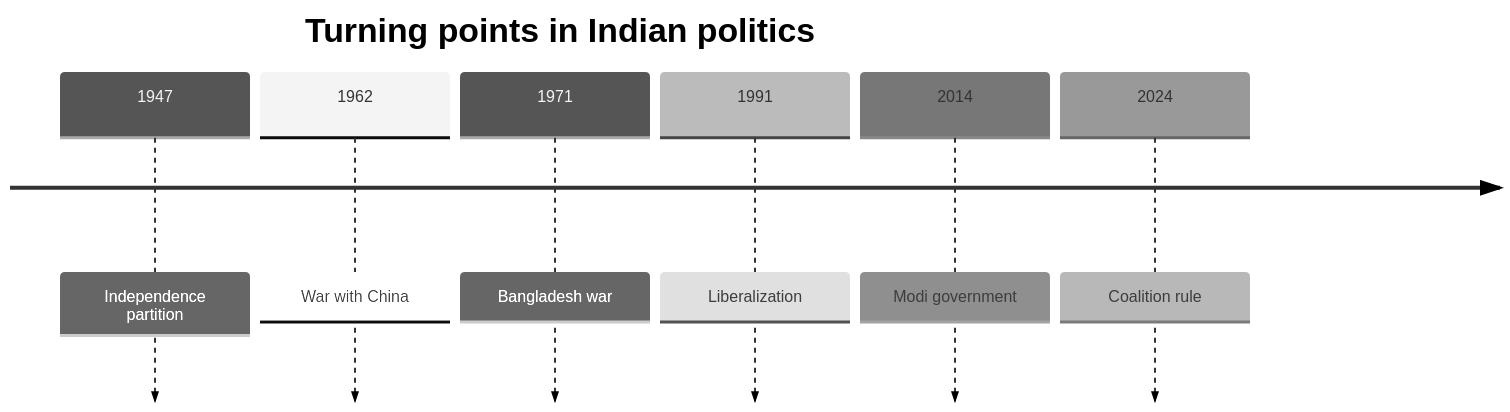
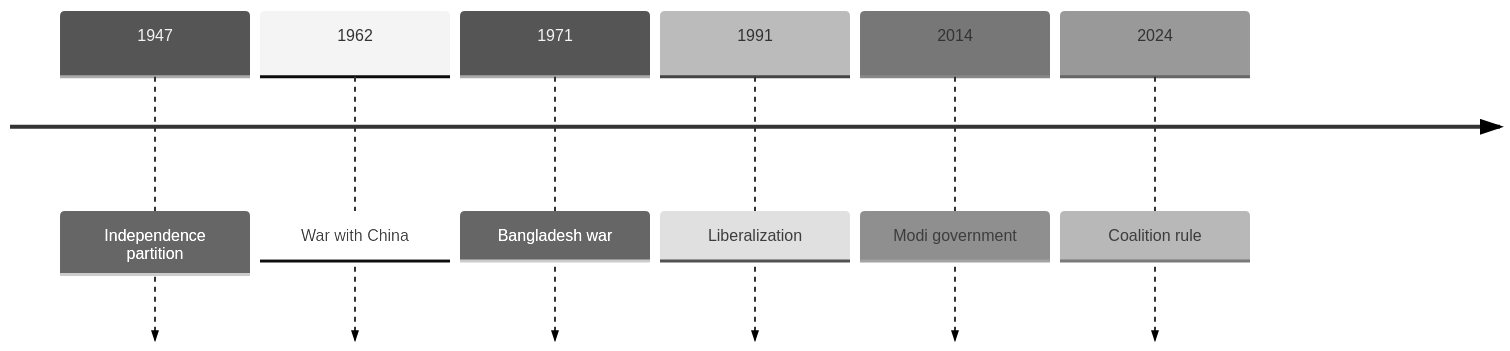
One commit to daylight55/research changed the second of 2 diagrams in articles/report/india-geopolitical-profile/en/index.mdx. Above: the diagram before and after it, drawn with Mermaid (neutral theme). The commit also changed other lines of this file and 181 other files, not shown here.

First line of the commit message:
全記事の図解368点を再生成し、共通注意書きを削除 (#402)

````diff
--- a/articles/report/india-geopolitical-profile/en/index.mdx
+++ b/articles/report/india-geopolitical-profile/en/index.mdx
@@ -41,10 +49,13 @@
 ```mermaid
 timeline
-  title Turning points in Indian politics
+  accTitle: Milestones in Indian independence, war and liberalization
+  accDescr: The chronology covers independence and partition, regional wars, liberalization, and changes in government and parliamentary support.
+  accTitle: Milestones in Indian independence, war and liberalization
+  accDescr: The chronology covers independence and partition, regional wars, liberalization, and changes in government and parliamentary support.
   1947 : Independence partition
   1962 : War with China
   1971 : Bangladesh war
   1991 : Liberalization
   2014 : Modi government
   2024 : Coalition rule
 ```
````
